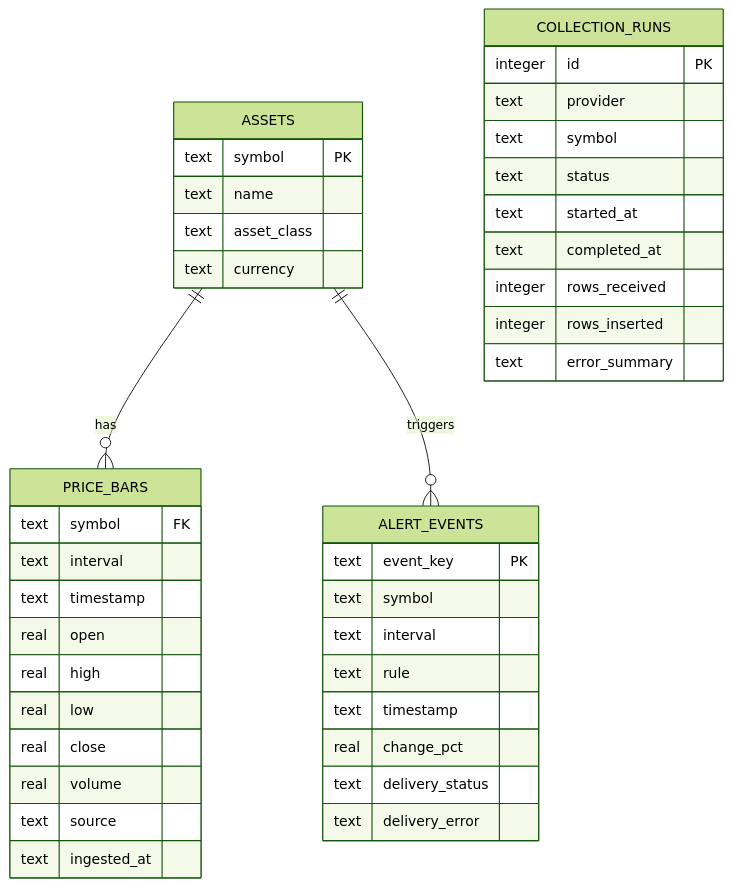
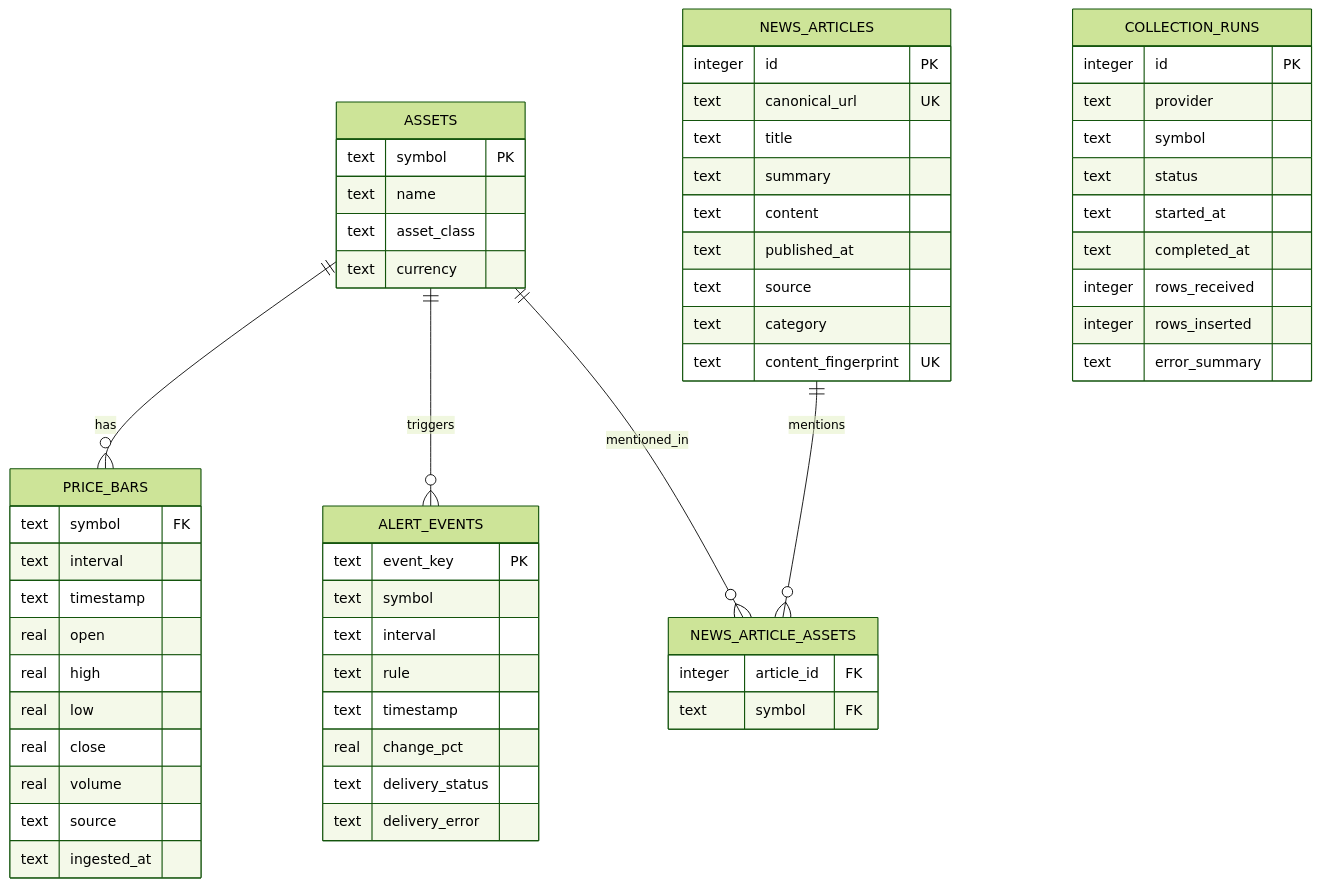
Before and after one commit to VoVanChung2508/market-intelligence: the second of 2 diagrams in docs/ARCHITECTURE.md, drawn with Mermaid (forest theme). The commit also changed other lines of this file and 23 other files, not shown here.

````diff
--- a/docs/ARCHITECTURE.md
+++ b/docs/ARCHITECTURE.md
@@ -37,44 +40,61 @@
 ```mermaid
 erDiagram
   ASSETS ||--o{ PRICE_BARS : has
   ASSETS ||--o{ ALERT_EVENTS : triggers
+  NEWS_ARTICLES ||--o{ NEWS_ARTICLE_ASSETS : mentions
+  ASSETS ||--o{ NEWS_ARTICLE_ASSETS : mentioned_in
   ASSETS {
     text symbol PK
     text name
     text asset_class
     text currency
   }
   PRICE_BARS {
     text symbol FK
     text interval
     text timestamp
     real open
     real high
     real low
     real close
     real volume
     text source
     text ingested_at
   }
   COLLECTION_RUNS {
     integer id PK
     text provider
     text symbol
     text status
     text started_at
     text completed_at
     integer rows_received
     integer rows_inserted
     text error_summary
   }
   ALERT_EVENTS {
     text event_key PK
     text symbol
     text interval
     text rule
     text timestamp
     real change_pct
     text delivery_status
     text delivery_error
   }
+  NEWS_ARTICLES {
+    integer id PK
+    text canonical_url UK
+    text title
+    text summary
+    text content
+    text published_at
+    text source
+    text category
+    text content_fingerprint UK
+  }
+  NEWS_ARTICLE_ASSETS {
+    integer article_id FK
+    text symbol FK
+  }
 ```
````
